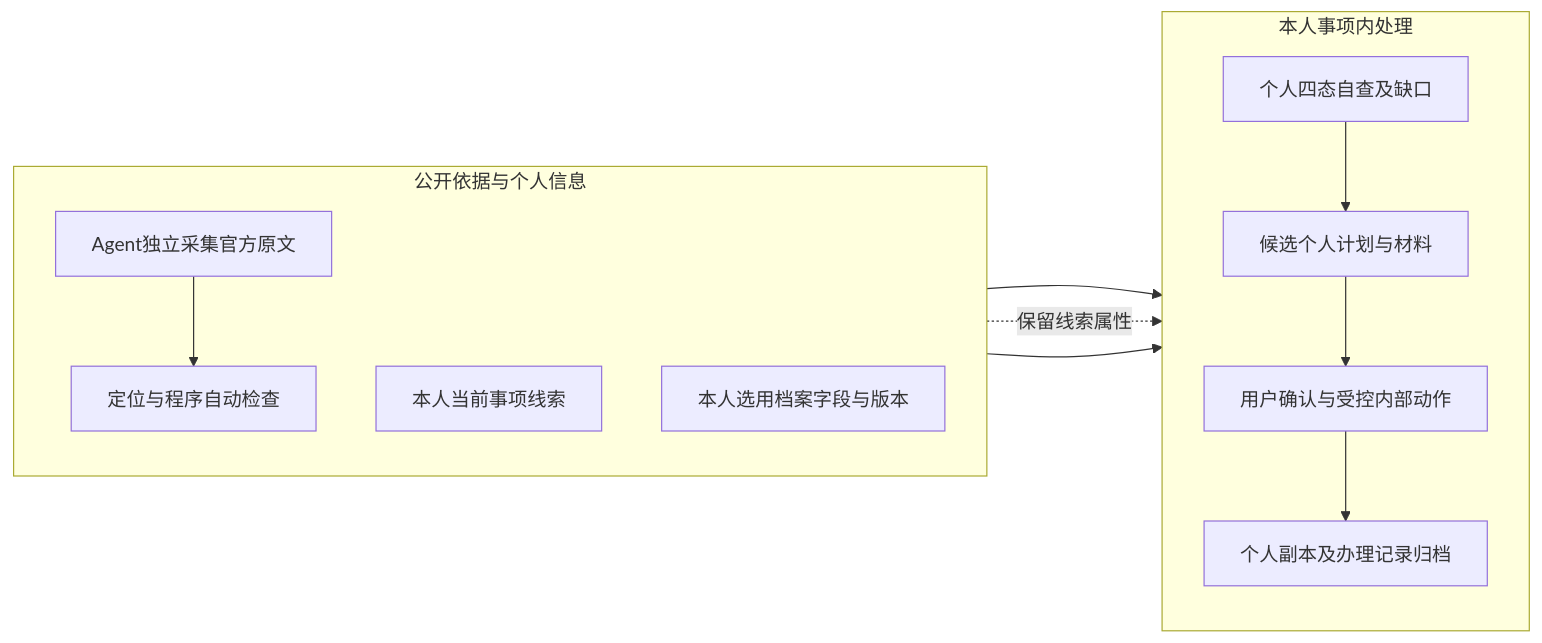
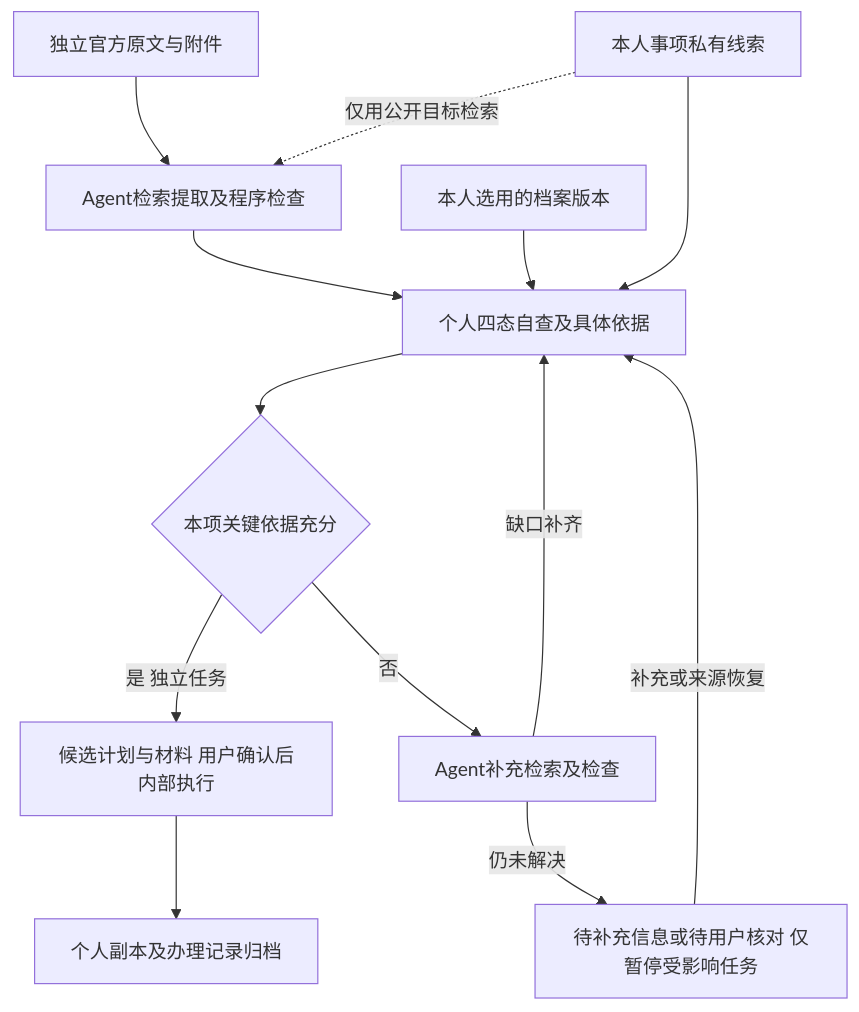
Before and after one commit to LotteryCamp/OfferPilot: the diagram in docs/design/domain-rules/du-yuhe/diagrams/01_规则依据关联.mmd, drawn with Mermaid. The commit also changed 14 other files, not shown here.

```diff
--- a/docs/design/domain-rules/du-yuhe/diagrams/01_规则依据关联.mmd
+++ b/docs/design/domain-rules/du-yuhe/diagrams/01_规则依据关联.mmd
@@ -1,16 +1,13 @@
-flowchart LR
-    subgraph EVIDENCE[公开依据与个人信息]
-      direction TB
-      A[Agent独立采集官方原文] --> B[定位与程序自动检查]
-      D[本人当前事项线索]
-      E[本人选用档案字段与版本]
-    end
-    subgraph PERSONAL[本人事项内处理]
-      direction TB
-      C[个人四态自查及缺口] --> F[候选个人计划与材料]
-      F --> G[用户确认与受控内部动作]
-      G --> H[个人副本及办理记录归档]
-    end
+flowchart TB
+    A[独立官方原文与附件] --> B[Agent检索提取及程序检查]
+    D[本人事项私有线索] -.仅用公开目标检索.-> B
+    D --> C[个人四态自查及具体依据]
+    E[本人选用的档案版本] --> C
     B --> C
-    D -.保留线索属性.-> C
-    E --> C
+    C --> Q{本项关键依据充分}
+    Q -->|是 独立任务| F[候选计划与材料 用户确认后内部执行]
+    F --> H[个人副本及办理记录归档]
+    Q -->|否| R[Agent补充检索及检查]
+    R -->|缺口补齐| C
+    R -->|仍未解决| X[待补充信息或待用户核对 仅暂停受影响任务]
+    X -->|补充或来源恢复| C
```
